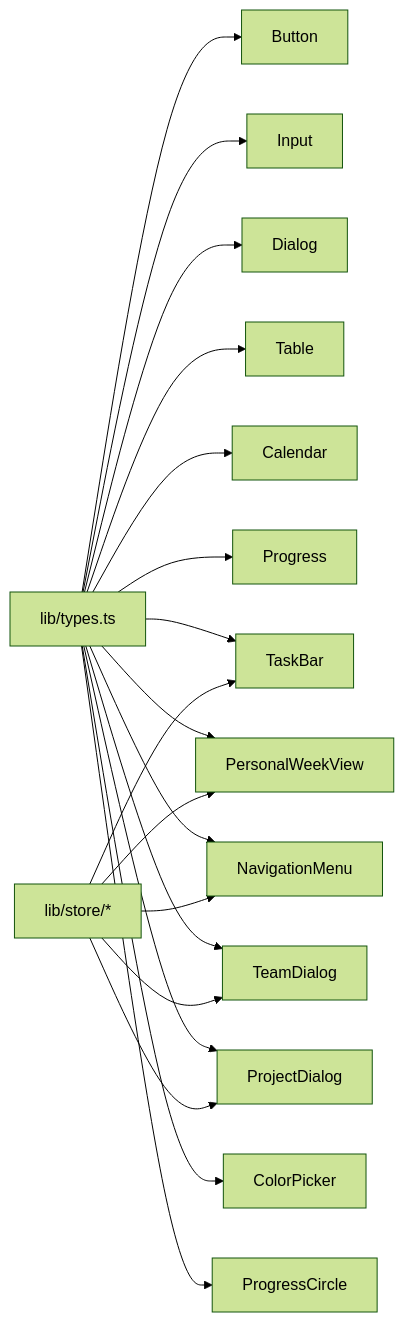
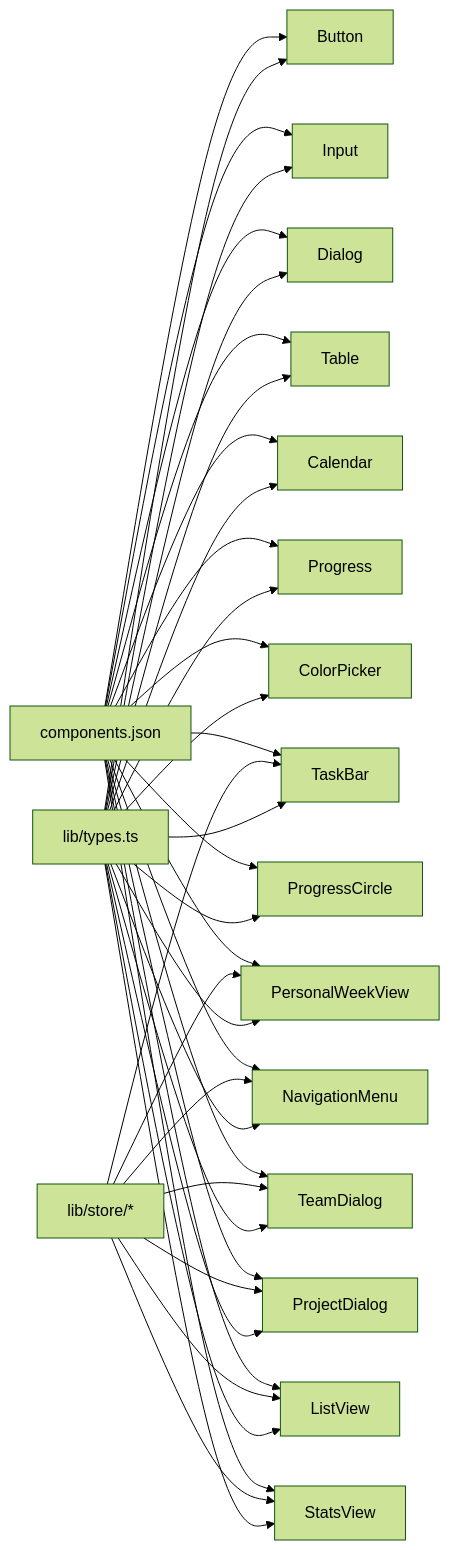
Before and after one commit to tutusiji/calendar-task-manager: the sixth of 6 diagrams in .qoder/repowiki/zh/content/UI组件库/UI组件库.md, drawn with Mermaid (forest theme). The commit also changed other lines of this file and 4 other files, not shown here.

````diff
--- a/.qoder/repowiki/zh/content/UI组件库/UI组件库.md
+++ b/.qoder/repowiki/zh/content/UI组件库/UI组件库.md
@@ -464,21 +906,40 @@
 ```mermaid
 graph LR
 Types["lib/types.ts"] --> UI_Button["Button"]
 Types --> UI_Input["Input"]
 Types --> UI_Dialog["Dialog"]
 Types --> UI_Table["Table"]
 Types --> UI_Calendar["Calendar"]
 Types --> UI_Progress["Progress"]
 Types --> Cal_TaskBar["TaskBar"]
 Types --> Cal_PersonalWeek["PersonalWeekView"]
 Types --> Side_NavMenu["NavigationMenu"]
 Types --> Side_TeamDialog["TeamDialog"]
 Types --> Side_ProjectDialog["ProjectDialog"]
 Types --> Task_ColorPicker["ColorPicker"]
 Types --> Task_ProgressCircle["ProgressCircle"]
+Types --> Views_ListView["ListView"]
+Types --> Views_StatsView["StatsView"]
 Store["lib/store/*"] --> Cal_TaskBar
 Store --> Cal_PersonalWeek
 Store --> Side_NavMenu
 Store --> Side_TeamDialog
 Store --> Side_ProjectDialog
+Store --> Views_ListView
+Store --> Views_StatsView
+Config["components.json"] --> UI_Button
+Config --> UI_Input
+Config --> UI_Dialog
+Config --> UI_Table
+Config --> UI_Calendar
+Config --> UI_Progress
+Config --> Cal_TaskBar
+Config --> Cal_PersonalWeek
+Config --> Side_NavMenu
+Config --> Side_TeamDialog
+Config --> Side_ProjectDialog
+Config --> Task_ColorPicker
+Config --> Task_ProgressCircle
+Config --> Views_ListView
+Config --> Views_StatsView
 ```
````
